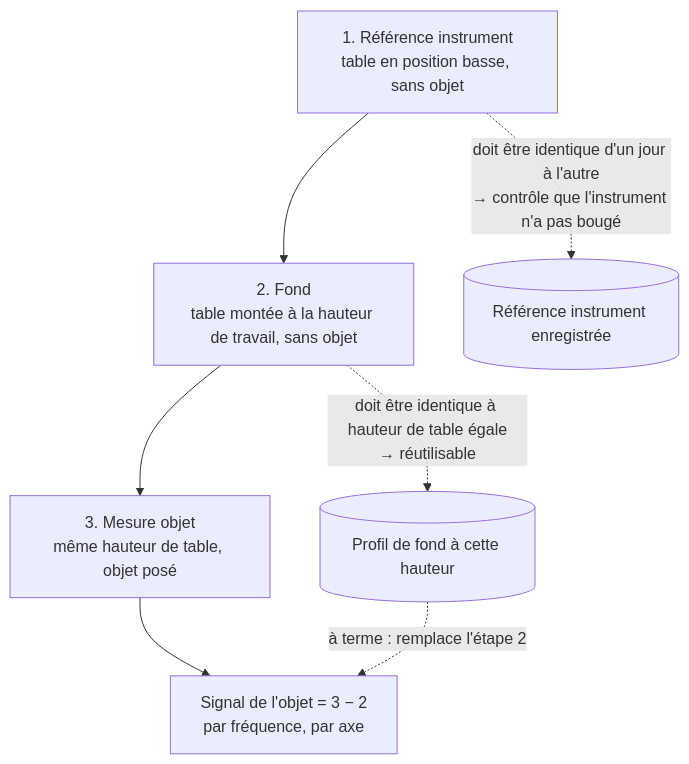
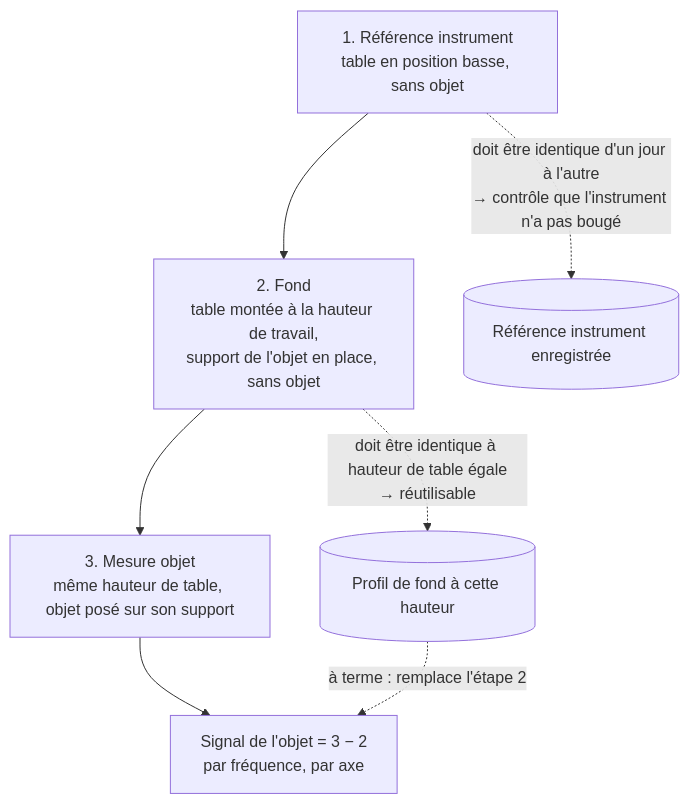
The first of 2 diagrams in _system/ops/traces/acquisition-en-frequence/plan - acquisition en frequence.md (Luciosmic/AEFI_Acquisition), drawn with Mermaid before and after one commit. The commit also changed other lines of this file and 18 other files, not shown here.

First line of the commit message:
feat(frequency-sweep): grille en points par décade ou en liste de fréquences, et fond avec le support de l'objet en place

````diff
--- a/_system/ops/traces/acquisition-en-frequence/plan - acquisition en frequence.md
+++ b/_system/ops/traces/acquisition-en-frequence/plan - acquisition en frequence.md
@@ -15,9 +15,9 @@
 ```mermaid
 flowchart TD
-    A["1. Référence instrument<br/>table en position basse, sans objet"] --> B["2. Fond<br/>table montée à la hauteur de travail, sans objet"]
-    B --> C["3. Mesure objet<br/>même hauteur de table, objet posé"]
+    A["1. Référence instrument<br/>table en position basse, sans objet"] --> B["2. Fond<br/>table montée à la hauteur de travail,<br/>support de l'objet en place, sans objet"]
+    B --> C["3. Mesure objet<br/>même hauteur de table, objet posé sur son support"]
     C --> D["Signal de l'objet = 3 − 2<br/>par fréquence, par axe"]
     A -. "doit être identique d'un jour à l'autre<br/>→ contrôle que l'instrument n'a pas bougé" .-> R[(Référence instrument enregistrée)]
     B -. "doit être identique à hauteur de table égale<br/>→ réutilisable" .-> P[(Profil de fond à cette hauteur)]
     P -. "à terme : remplace l'étape 2" .-> D
 ```
````
